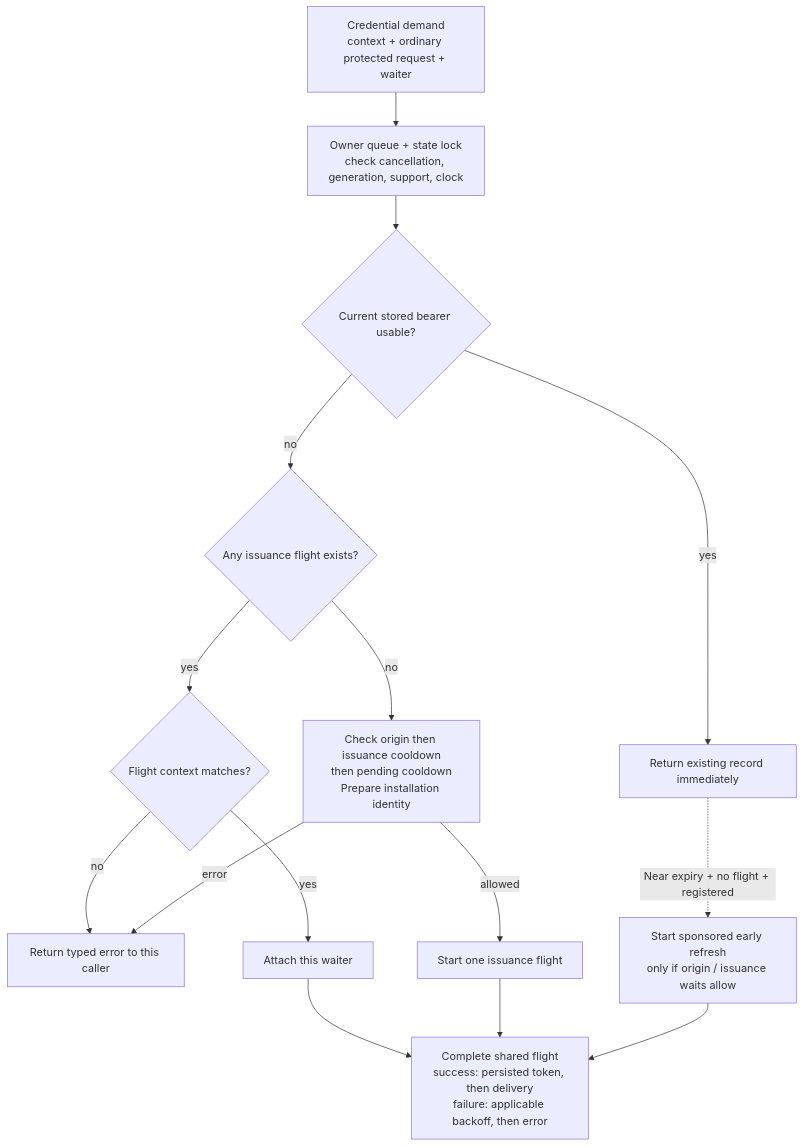
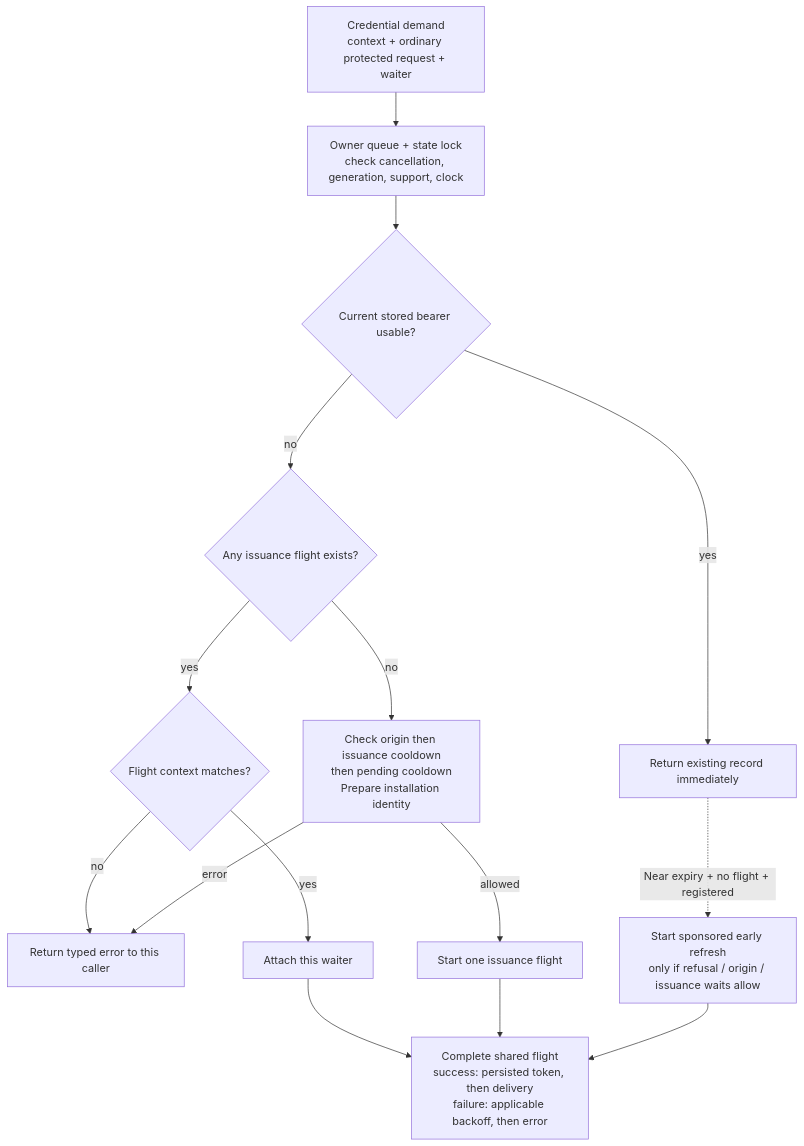
One commit to novasamatech/nova-wallet-ios changed the fifth of 8 diagrams in .claude/docs/architecture/novaauth-client-diagrams.md. Above: the diagram before and after it, drawn with Mermaid. The commit also changed other lines of this file and 3 other files, not shown here.

````diff
--- a/.claude/docs/architecture/novaauth-client-diagrams.md
+++ b/.claude/docs/architecture/novaauth-client-diagrams.md
@@ -177,17 +178,17 @@
 ```mermaid
 flowchart TB
   D["Credential demand<br/>context + ordinary protected request + waiter"] --> G["Owner queue + state lock<br/>check cancellation, generation, support, clock"]
   G --> VALID{"Current stored bearer usable?"}
   VALID -- yes --> RETURN["Return existing record immediately"]
   VALID -- no --> FL{"Any issuance flight exists?"}
   FL -- yes --> MATCH{"Flight context matches?"}
   MATCH -- no --> FAIL["Return typed error to this caller"]
   MATCH -- yes --> JOIN["Attach this waiter"]
   FL -- no --> IC["Check origin then issuance cooldown<br/>then pending cooldown<br/>Prepare installation identity"]
   IC -- error --> FAIL
   IC -- allowed --> START["Start one issuance flight"]
   JOIN --> DONE["Complete shared flight<br/>success: persisted token, then delivery<br/>failure: applicable backoff, then error"]
   START --> DONE
-  RETURN -. "Near expiry + no flight + registered" .-> EARLY["Start sponsored early refresh<br/>only if origin / issuance waits allow"]
+  RETURN -. "Near expiry + no flight + registered" .-> EARLY["Start sponsored early refresh<br/>only if refusal / origin / issuance waits allow"]
   EARLY --> DONE
 ```
````
